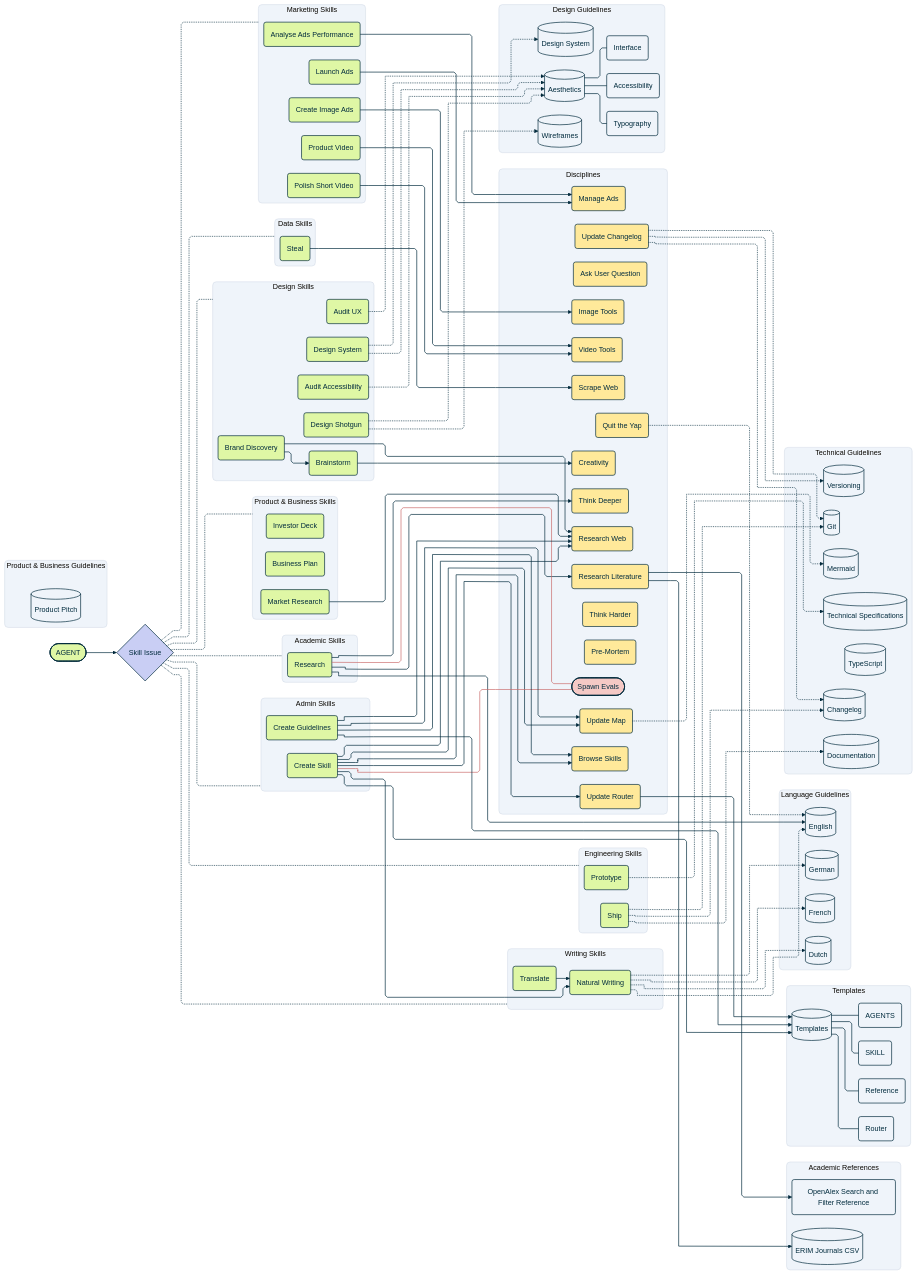
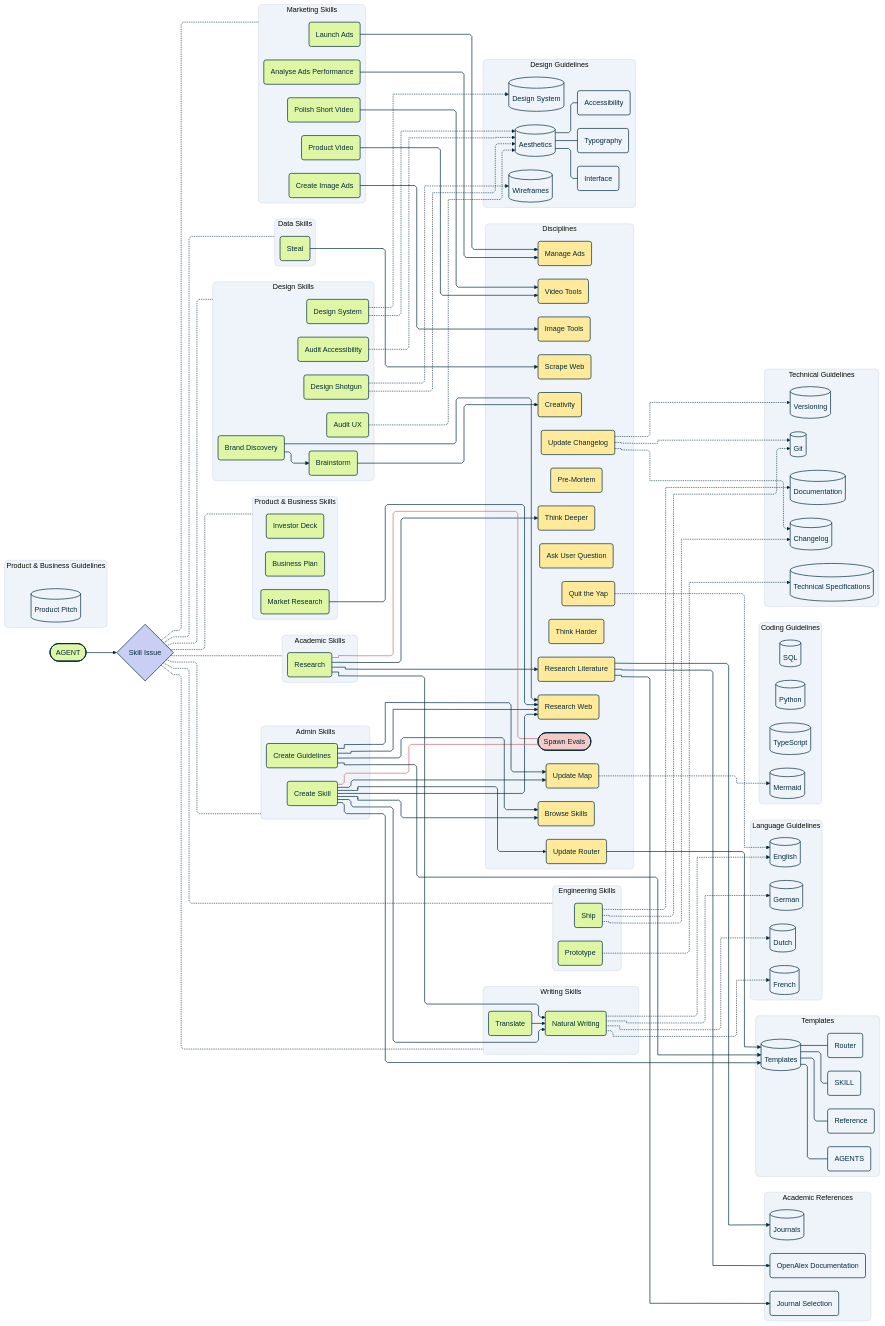
One commit to josuamittels/agent-stack changed the diagram in map.mmd. Above: the diagram before and after it, drawn with Mermaid. The commit also changed 6 other files, not shown here.

Commit message:
Update research references and stack guidance

```diff
--- a/map.mmd
+++ b/map.mmd
@@ -103,16 +103,18 @@
     end
 
     subgraph academic_references [Academic References]
-        erim_journals[("ERIM Journals CSV")]
-        openalex_docs("OpenAlex Search and Filter Reference")
+        erim_journals[("Journals")]
+        openalex_docs("OpenAlex Documentation")
+        journal_selection("Journal Selection")
     end
 
     research --> research_literature
     research --> think_deeper
-    research --> english
+    research --> natural_writing
     research eval_research@--- spawn_evals
     research_literature --> erim_journals
     research_literature --> openalex_docs
+    research_literature --> journal_selection
     steal --> scrape_web
     market_research --> research_web
     launch_ads --> manage_ads
@@ -150,14 +152,19 @@
         aesthetics --- accessibility("Accessibility")
     end
 
+    subgraph coding_guides [Coding Guidelines]
+        python[("Python")]
+        ts[("TypeScript")]
+        sql[("SQL")]
+        mermaid[("Mermaid")]
+    end
+
     subgraph tech_guides [Technical Guidelines]
         docs[("Documentation")]
         changelog[("Changelog")]
         git[("Git")]
         versioning[("Versioning")]
         tech_spec[("Technical Specifications")]
-        ts[("TypeScript")]
-        mermaid[("Mermaid")]
     end
 
     create_skill --> templates
@@ -210,7 +217,7 @@
     class spawn_evals evaluation
     class stack entry
     class natural_writing,create_guidelines,research,translate,analyse_ads,audit_accessibility,audit_ux,brainstorm,brand_discovery,business_plan,create_image_ads,create_skill,design_shotgun,design_system,investor_deck,launch_ads,market_research,polish_video,product_video,prototype,ship,steal skill
-    class aesthetics,changelog,design_system_guide,docs,dutch,english,erim_journals,french,german,git,versioning,mermaid,product_pitch,tech_spec,templates,ts,wireframes knowledge;
-    class interface,typography,accessibility,openalex_docs,template_skill,template_ref,router_ref,agents_template document;
-    class design_guides,product_biz_guides,tech_guides,template_files,admin_skills,language_guides,academic_references,academic_skills,data_skills,design_skills,marketing_skills,product_skills,writing_skills,video_skills,engineering_skills,discipline_map,guide_map section
+    class aesthetics,changelog,design_system_guide,docs,dutch,english,erim_journals,french,german,git,versioning,mermaid,sql,product_pitch,tech_spec,templates,ts,python,wireframes knowledge;
+    class interface,typography,accessibility,openalex_docs,journal_selection,template_skill,template_ref,router_ref,agents_template document;
+    class design_guides,product_biz_guides,coding_guides,tech_guides,template_files,admin_skills,language_guides,academic_references,academic_skills,data_skills,design_skills,marketing_skills,product_skills,writing_skills,video_skills,engineering_skills,discipline_map,guide_map section
     linkStyle default stroke-width:1.5px,color:#002B3D
```
